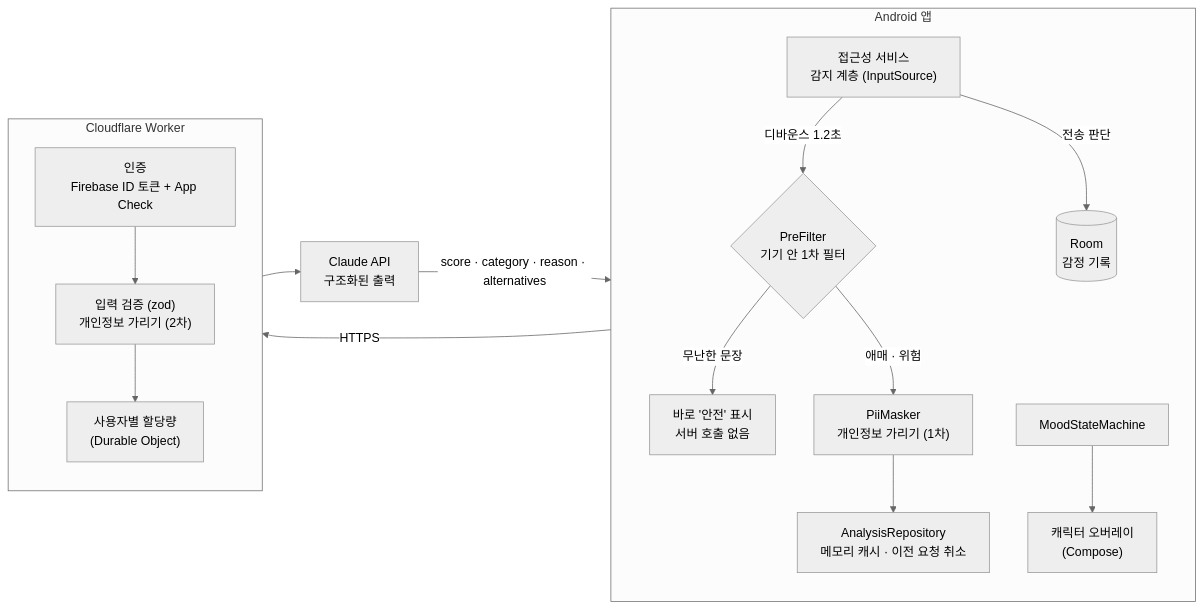
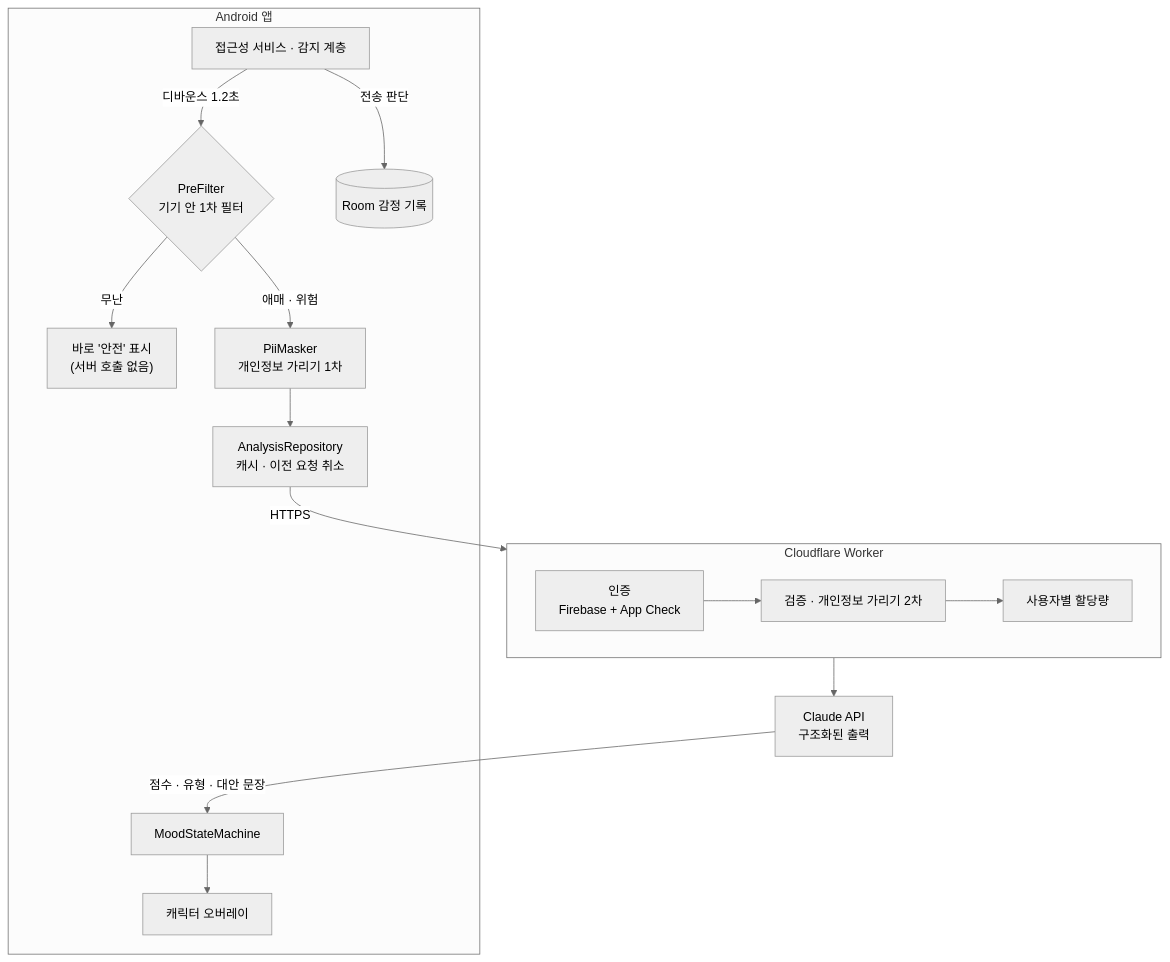
The first of 2 diagrams in README.md (sungsik1093/emotion-guard), drawn with Mermaid (neutral theme) before and after one commit. The commit also changed other lines of this file, not shown here.

Commit message:
docs: make architecture diagrams readable on GitHub
Flow chart was too wide (text unreadable); switch to top-down. Module
graph had tangled per-feature edges; show layers and move the details
to two bullet lines.

````diff
--- a/README.md
+++ b/README.md
@@ -29,24 +29,20 @@
 ```mermaid
-flowchart LR
+flowchart TB
     subgraph APP["Android 앱"]
-        direction TB
-        A["접근성 서비스<br/>감지 계층 (InputSource)"] -->|"디바운스 1.2초"| B{"PreFilter<br/>기기 안 1차 필터"}
-        B -->|"무난한 문장"| S["바로 '안전' 표시<br/>서버 호출 없음"]
-        B -->|"애매 · 위험"| C["PiiMasker<br/>개인정보 가리기 (1차)"]
-        C --> D["AnalysisRepository<br/>메모리 캐시 · 이전 요청 취소"]
-        R["MoodStateMachine"] --> O["캐릭터 오버레이<br/>(Compose)"]
-        A -->|"전송 판단"| DB[("Room<br/>감정 기록")]
+        A["접근성 서비스 · 감지 계층"] -->|"디바운스 1.2초"| B{"PreFilter<br/>기기 안 1차 필터"}
+        B -->|"무난"| S["바로 '안전' 표시<br/>(서버 호출 없음)"]
+        B -->|"애매 · 위험"| C["PiiMasker<br/>개인정보 가리기 1차"]
+        C --> D["AnalysisRepository<br/>캐시 · 이전 요청 취소"]
+        A -->|"전송 판단"| DB[("Room 감정 기록")]
+        R["MoodStateMachine"] --> O["캐릭터 오버레이"]
     end
 
     subgraph WORKER["Cloudflare Worker"]
-        direction TB
-        W1["인증<br/>Firebase ID 토큰 + App Check"] --> W2["입력 검증 (zod)<br/>개인정보 가리기 (2차)"]
-        W2 --> W3["사용자별 할당량<br/>(Durable Object)"]
+        direction LR
+        W1["인증<br/>Firebase + App Check"] --> W2["검증 · 개인정보 가리기 2차"] --> W3["사용자별 할당량"]
     end
 
-    CL["Claude API<br/>구조화된 출력"]
-
     D -->|"HTTPS"| W1
-    W3 --> CL
-    CL -->|"score · category · reason · alternatives"| R
+    W3 --> CL["Claude API<br/>구조화된 출력"]
+    CL -->|"점수 · 유형 · 대안 문장"| R
 ```
````
